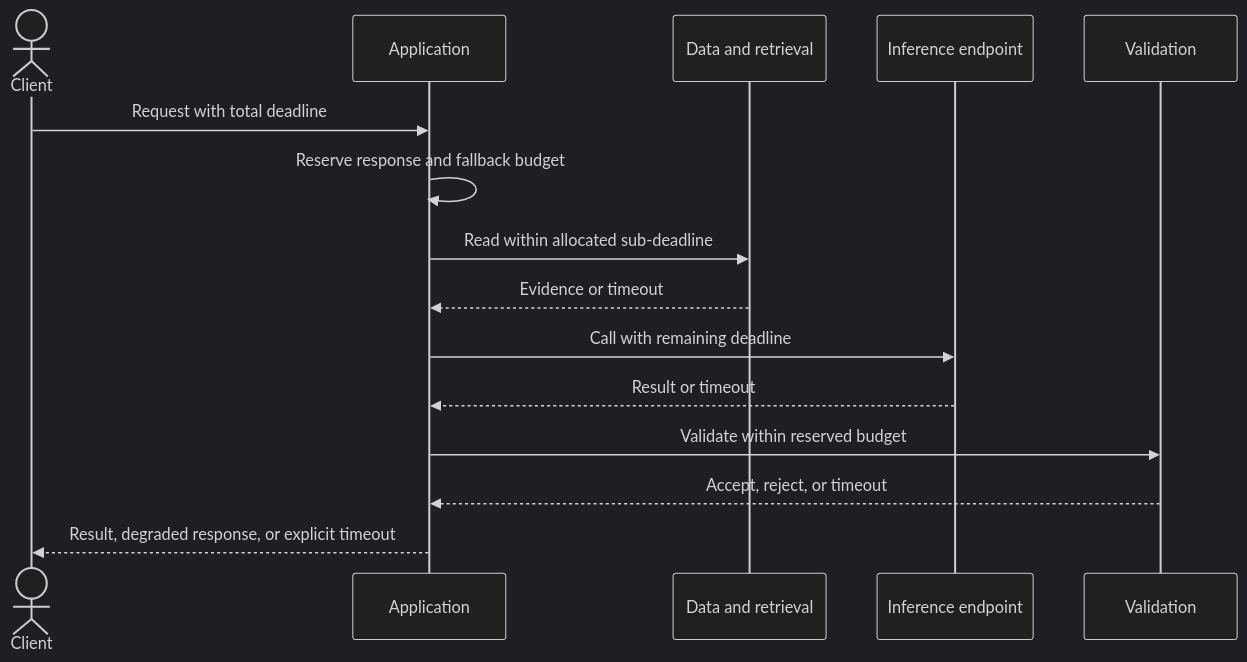
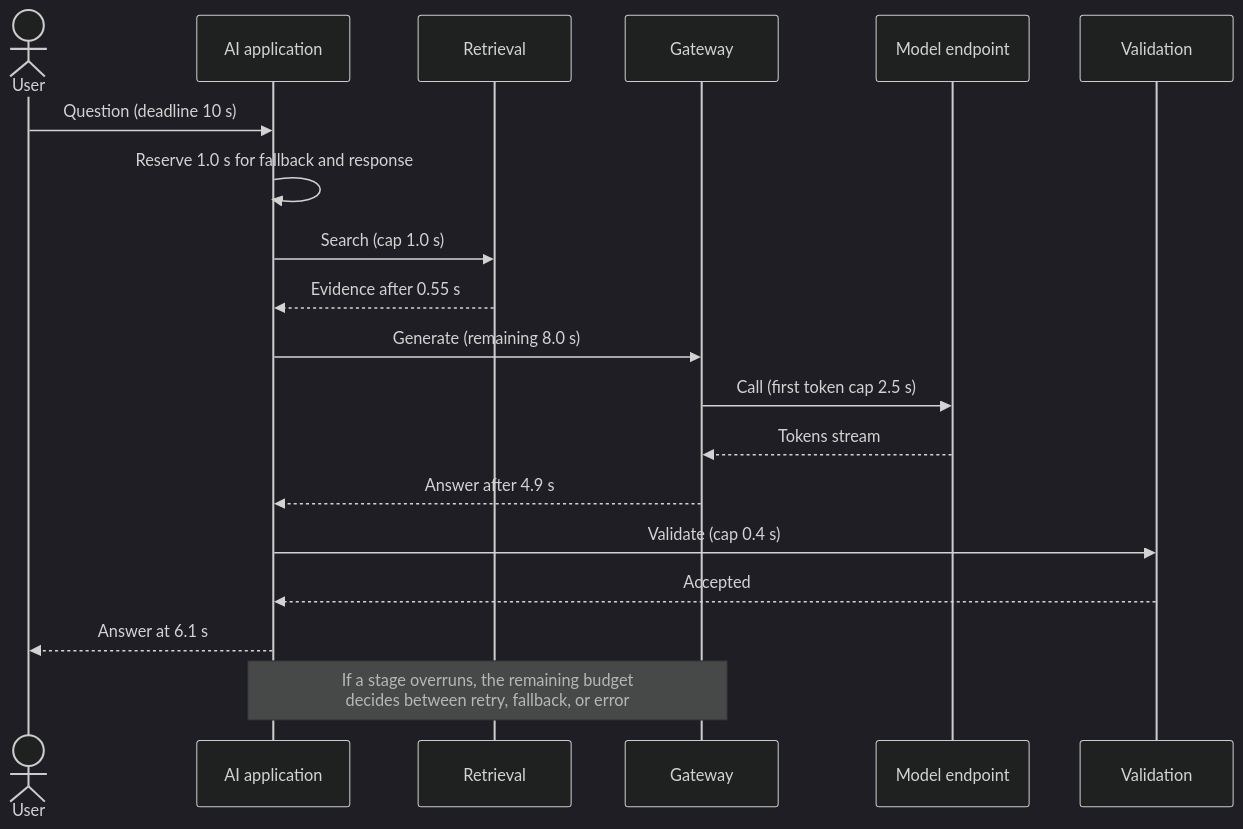
One commit to joydasss/Architect changed the second of 16 diagrams in 17_AI_Architecture/CH13_Reliability_and_Resilience_Patterns_for_AI_Workloads.md. Above: the diagram before and after it, drawn with Mermaid (dark theme). The commit also changed other lines of this file and 295 other files, not shown here.

````diff
--- a/17_AI_Architecture/CH13_Reliability_and_Resilience_Patterns_for_AI_Workloads.md
+++ b/17_AI_Architecture/CH13_Reliability_and_Resilience_Patterns_for_AI_Workloads.md
@@ -33,17 +326,21 @@
 ```mermaid
 sequenceDiagram
-    actor Client
-    participant App as Application
-    participant Data as Data and retrieval
-    participant Model as Inference endpoint
-    participant Check as Validation
-    Client->>App: Request with total deadline
-    App->>App: Reserve response and fallback budget
-    App->>Data: Read within allocated sub-deadline
-    Data-->>App: Evidence or timeout
-    App->>Model: Call with remaining deadline
-    Model-->>App: Result or timeout
-    App->>Check: Validate within reserved budget
-    Check-->>App: Accept, reject, or timeout
-    App-->>Client: Result, degraded response, or explicit timeout
+    actor U as User
+    participant A as AI application
+    participant R as Retrieval
+    participant G as Gateway
+    participant M as Model endpoint
+    participant V as Validation
+    U->>A: Question (deadline 10 s)
+    A->>A: Reserve 1.0 s for fallback and response
+    A->>R: Search (cap 1.0 s)
+    R-->>A: Evidence after 0.55 s
+    A->>G: Generate (remaining 8.0 s)
+    G->>M: Call (first token cap 2.5 s)
+    M-->>G: Tokens stream
+    G-->>A: Answer after 4.9 s
+    A->>V: Validate (cap 0.4 s)
+    V-->>A: Accepted
+    A-->>U: Answer at 6.1 s
+    Note over A,G: If a stage overruns, the remaining budget<br/>decides between retry, fallback, or error
 ```
````
